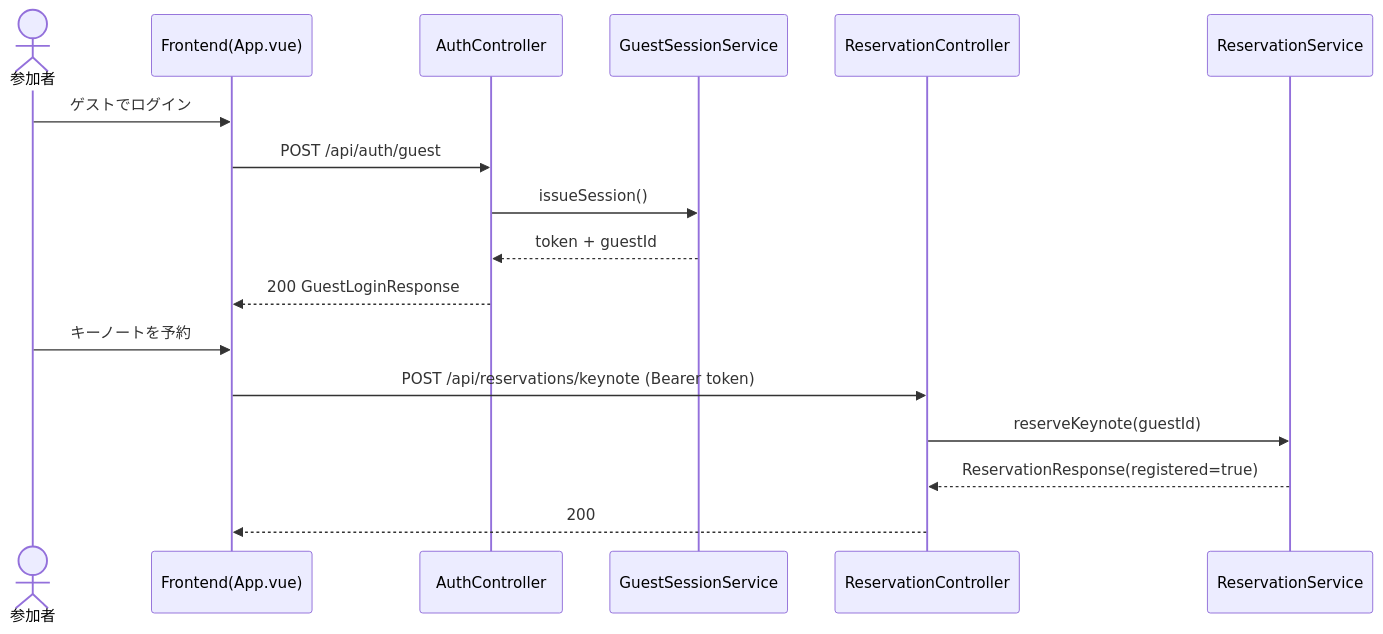
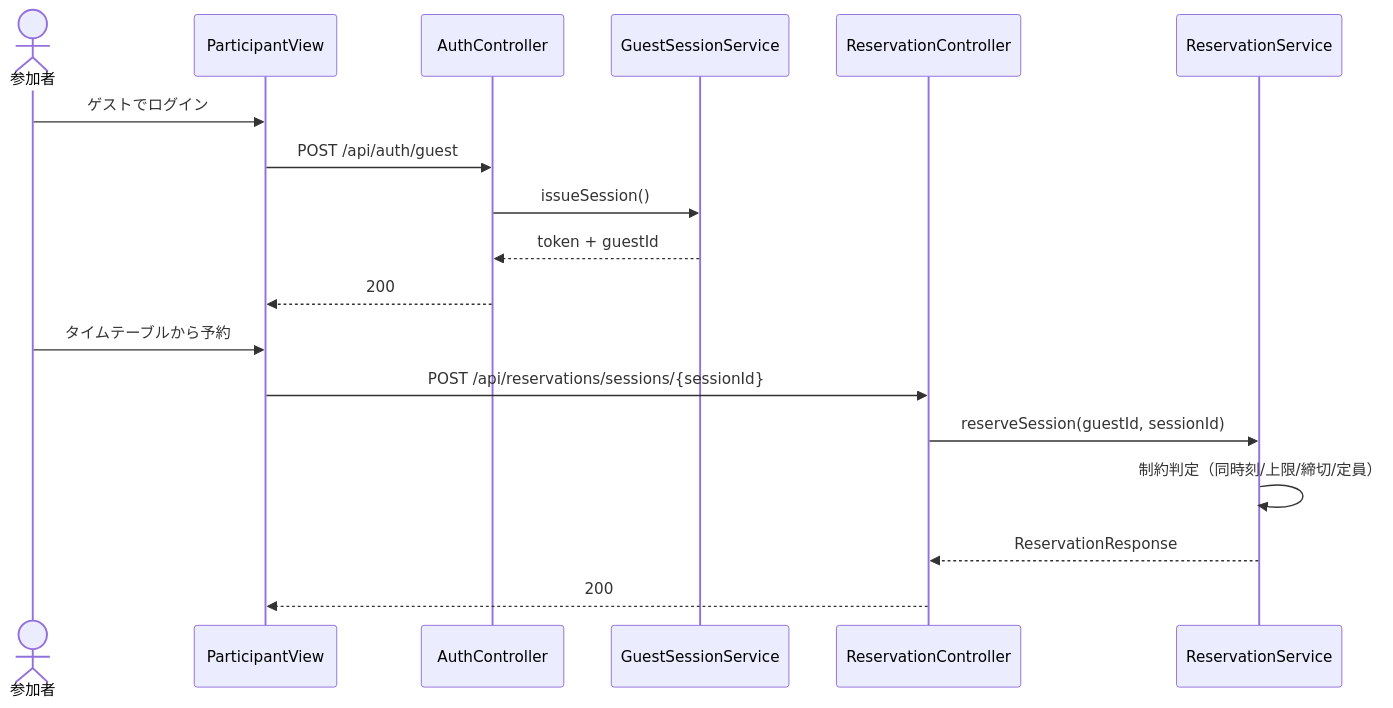
Before and after one commit to autotaker/simple-event-reservation-system: the first of 3 diagrams in docs/review/05-sequence-diagrams.md, drawn with Mermaid. The commit also changed other lines of this file and 30 other files, not shown here.

````diff
--- a/docs/review/05-sequence-diagrams.md
+++ b/docs/review/05-sequence-diagrams.md
@@ -5,21 +5,22 @@
 ```mermaid
 sequenceDiagram
     actor Guest as 参加者
-    participant UI as Frontend(App.vue)
+    participant UI as ParticipantView
     participant Auth as AuthController
     participant GS as GuestSessionService
     participant Res as ReservationController
     participant RS as ReservationService
 
     Guest->>UI: ゲストでログイン
     UI->>Auth: POST /api/auth/guest
     Auth->>GS: issueSession()
     GS-->>Auth: token + guestId
-    Auth-->>UI: 200 GuestLoginResponse
+    Auth-->>UI: 200
 
-    Guest->>UI: キーノートを予約
-    UI->>Res: POST /api/reservations/keynote (Bearer token)
-    Res->>RS: reserveKeynote(guestId)
-    RS-->>Res: ReservationResponse(registered=true)
+    Guest->>UI: タイムテーブルから予約
+    UI->>Res: POST /api/reservations/sessions/{sessionId}
+    Res->>RS: reserveSession(guestId, sessionId)
+    RS->>RS: 制約判定（同時刻/上限/締切/定員）
+    RS-->>Res: ReservationResponse
     Res-->>UI: 200
 ```
````
